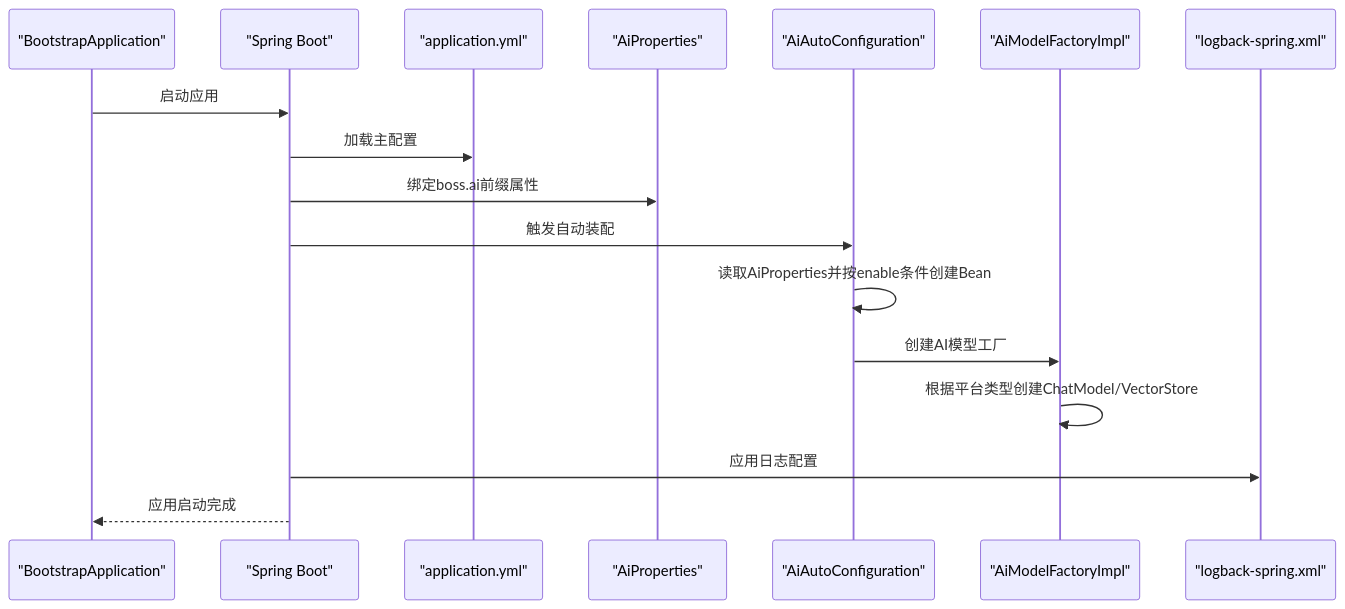
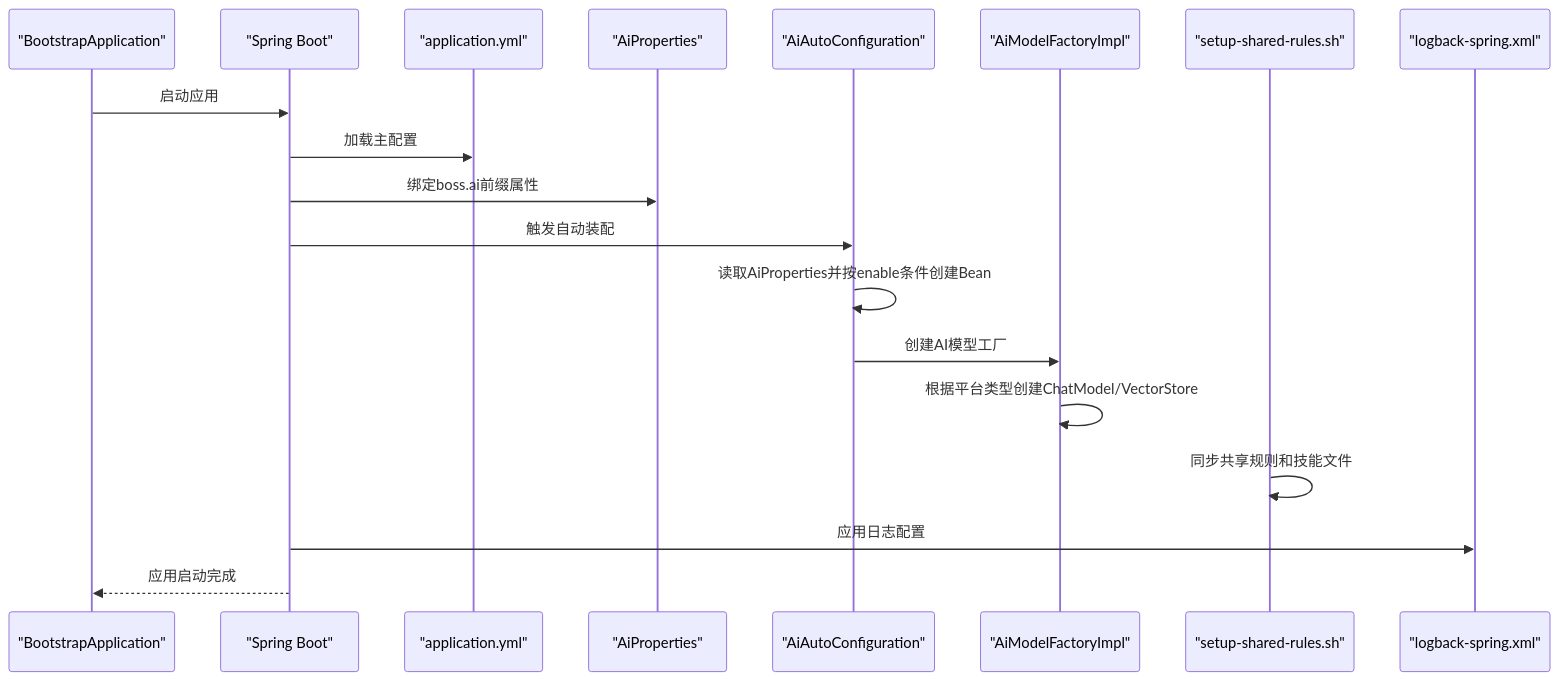
Before and after one commit to X555LB/data-ai: the third of 5 diagrams in .qoder/repowiki/zh/content/配置指南.md, drawn with Mermaid. The commit also changed other lines of this file and 24 other files, not shown here.

````diff
--- a/.qoder/repowiki/zh/content/配置指南.md
+++ b/.qoder/repowiki/zh/content/配置指南.md
@@ -205,19 +196,21 @@
 ```mermaid
 sequenceDiagram
 participant Boot as "BootstrapApplication"
 participant Spring as "Spring Boot"
 participant Config as "application.yml"
 participant Props as "AiProperties"
 participant Auto as "AiAutoConfiguration"
 participant Factory as "AiModelFactoryImpl"
+participant Rules as "setup-shared-rules.sh"
 participant Log as "logback-spring.xml"
 Boot->>Spring : 启动应用
 Spring->>Config : 加载主配置
 Spring->>Props : 绑定boss.ai前缀属性
 Spring->>Auto : 触发自动装配
 Auto->>Auto : 读取AiProperties并按enable条件创建Bean
 Auto->>Factory : 创建AI模型工厂
 Factory->>Factory : 根据平台类型创建ChatModel/VectorStore
+Rules->>Rules : 同步共享规则和技能文件
 Spring->>Log : 应用日志配置
 Spring-->>Boot : 应用启动完成
 ```
````
